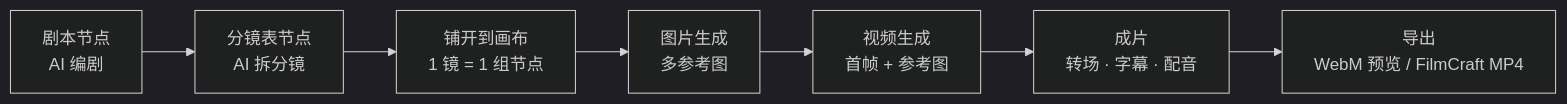
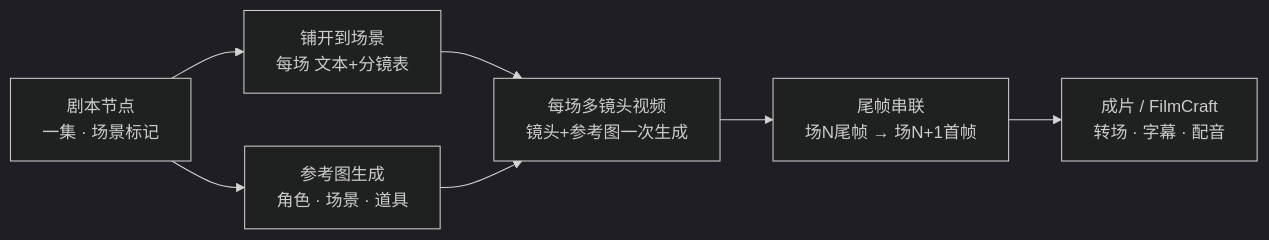
One commit to NINKCH/dsh-infinite_canvas changed the diagram in README.zh-CN.md. Above: the diagram before and after it, drawn with Mermaid (dark theme). The commit also changed other lines of this file and 8 other files, not shown here.

Commit message:
docs: 中文操作手册（时空邮递员全流程 + 截图）与 README 中英重写（对话驱动/案例/数据迁移/供应商模型配置）

````diff
--- a/README.zh-CN.md
+++ b/README.zh-CN.md
@@ -17,9 +48,9 @@
 ```mermaid
 flowchart LR
-    A[剧本节点<br>AI 编剧] --> B[分镜表节点<br>AI 拆分镜]
-    B --> C[铺开到画布<br>1 镜 = 1 组节点]
-    C --> D[图片生成<br>多参考图]
-    D --> E[视频生成<br>首帧 + 参考图]
-    E --> F[成片<br>转场 · 字幕 · 配音]
-    F --> G[导出<br>WebM 预览 / FilmCraft MP4]
+    A[剧本节点<br>一集 · 场景标记] --> B[铺开到场景<br>每场 文本+分镜表]
+    B --> C[每场多镜头视频<br>镜头+参考图一次生成]
+    C --> D[尾帧串联<br>场N尾帧 → 场N+1首帧]
+    A --> E[参考图生成<br>角色 · 场景 · 道具]
+    E --> C
+    D --> F[成片 / FilmCraft<br>转场 · 字幕 · 配音]
 ```
````
